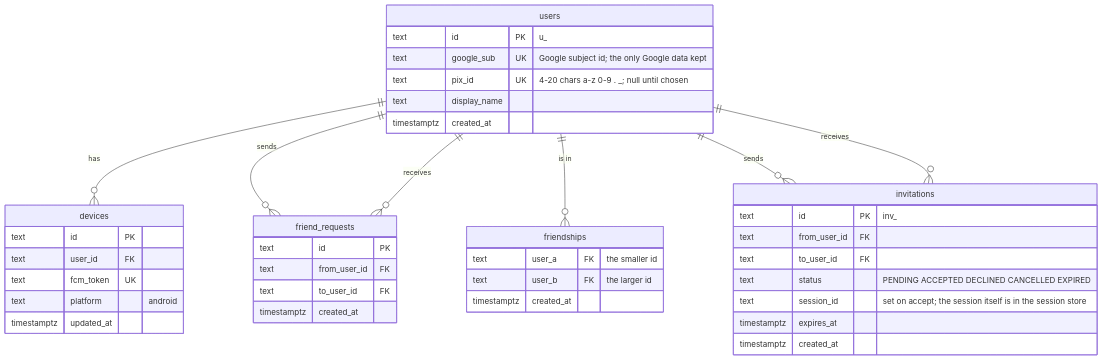
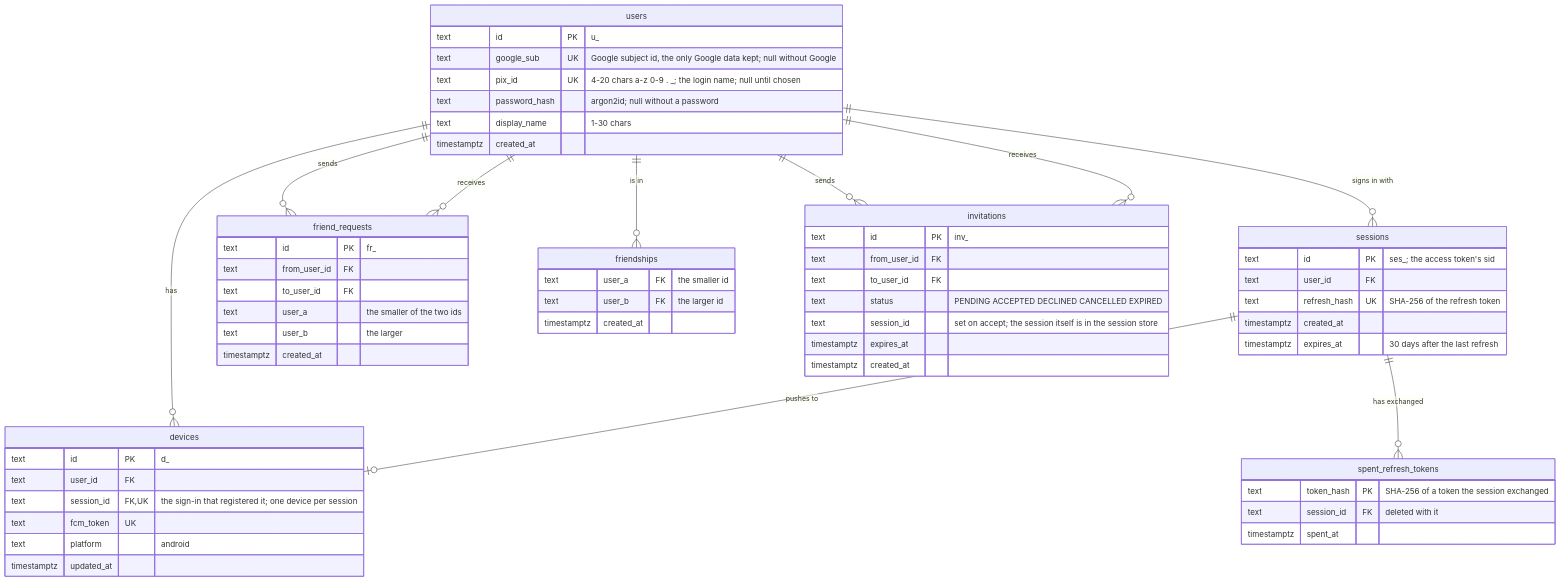
One commit to snuhcs-course/swpp-2026-project-team-10 changed diagram 12 of 12 in wiki/Design-Documentation.md. Above: the diagram before and after it, drawn with Mermaid. The commit also changed other lines of this file and 54 other files, not shown here.

````diff
--- a/wiki/Design-Documentation.md
+++ b/wiki/Design-Documentation.md
@@ -1511,43 +1608,62 @@
 ```mermaid
 erDiagram
   users ||--o{ devices : has
+  users ||--o{ sessions : "signs in with"
+  sessions ||--o{ spent_refresh_tokens : "has exchanged"
+  sessions ||--o| devices : "pushes to"
   users ||--o{ friend_requests : sends
   users ||--o{ friend_requests : receives
   users ||--o{ friendships : "is in"
   users ||--o{ invitations : sends
   users ||--o{ invitations : receives
   users {
     text id PK "u_<ulid>"
-    text google_sub UK "Google subject id; the only Google data kept"
-    text pix_id UK "4-20 chars a-z 0-9 . _; null until chosen"
-    text display_name
+    text google_sub UK "Google subject id, the only Google data kept; null without Google"
+    text pix_id UK "4-20 chars a-z 0-9 . _; the login name; null until chosen"
+    text password_hash "argon2id; null without a password"
+    text display_name "1-30 chars"
     timestamptz created_at
   }
   devices {
-    text id PK
+    text id PK "d_<ulid>"
     text user_id FK
+    text session_id FK,UK "the sign-in that registered it; one device per session"
     text fcm_token UK
     text platform "android"
     timestamptz updated_at
   }
+  sessions {
+    text id PK "ses_<ulid>; the access token's sid"
+    text user_id FK
+    text refresh_hash UK "SHA-256 of the refresh token"
+    timestamptz created_at
+    timestamptz expires_at "30 days after the last refresh"
+  }
+  spent_refresh_tokens {
+    text token_hash PK "SHA-256 of a token the session exchanged"
+    text session_id FK "deleted with it"
+    timestamptz spent_at
+  }
   friend_requests {
-    text id PK
+    text id PK "fr_<ulid>"
     text from_user_id FK
     text to_user_id FK
+    text user_a "the smaller of the two ids"
+    text user_b "the larger"
     timestamptz created_at
   }
   friendships {
     text user_a FK "the smaller id"
     text user_b FK "the larger id"
     timestamptz created_at
   }
   invitations {
     text id PK "inv_<ulid>"
     text from_user_id FK
     text to_user_id FK
     text status "PENDING ACCEPTED DECLINED CANCELLED EXPIRED"
     text session_id "set on accept; the session itself is in the session store"
     timestamptz expires_at
     timestamptz created_at
   }
 ```
````
